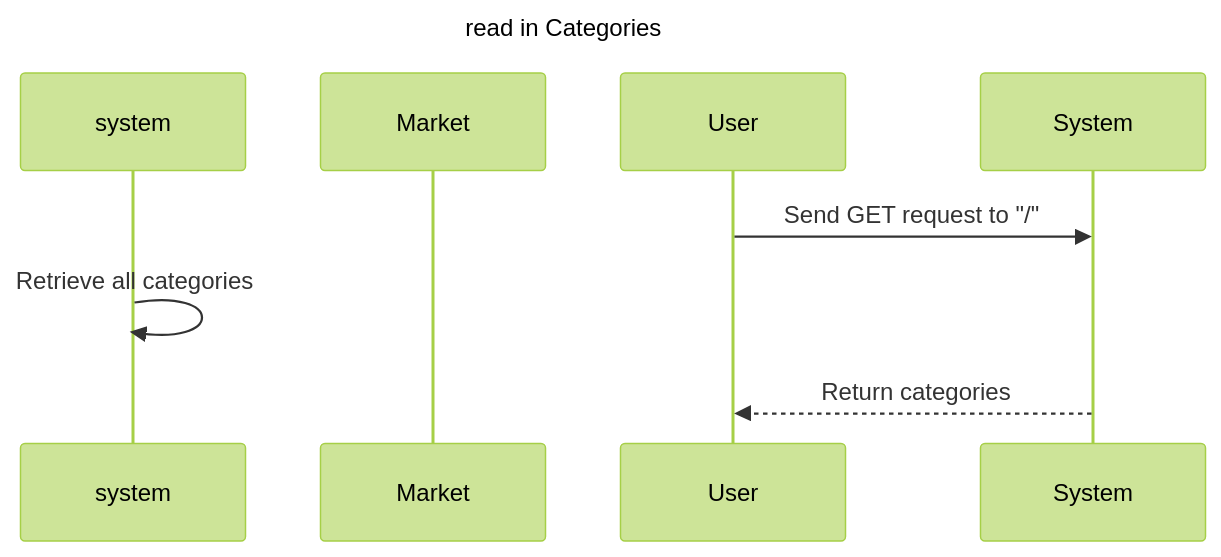
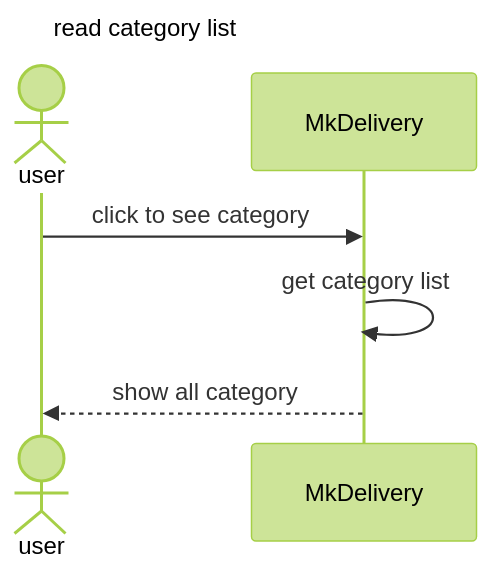
The diagram in sequence_diag/category/read catagory list.mmd (MxMhx/OOP_Project_MK_website), drawn with Mermaid (forest theme) before and after one commit. The commit also changed other lines of this file and 1 other file, not shown here.

```diff
--- a/sequence_diag/category/read catagory list.mmd
+++ b/sequence_diag/category/read catagory list.mmd
@@ -1,8 +1,8 @@
 sequenceDiagram
-    title read in Categories
-    participant system
-    participant Market
+    title read category list
+    actor user
+    participant MkDelivery
 
-    User ->> System: Send GET request to "/"
-    system ->> system: Retrieve all categories
-    System -->> User: Return categories
+    user ->> MkDelivery: click to see category
+    MkDelivery ->> MkDelivery:get category list
+    MkDelivery -->> user: show all category
```
